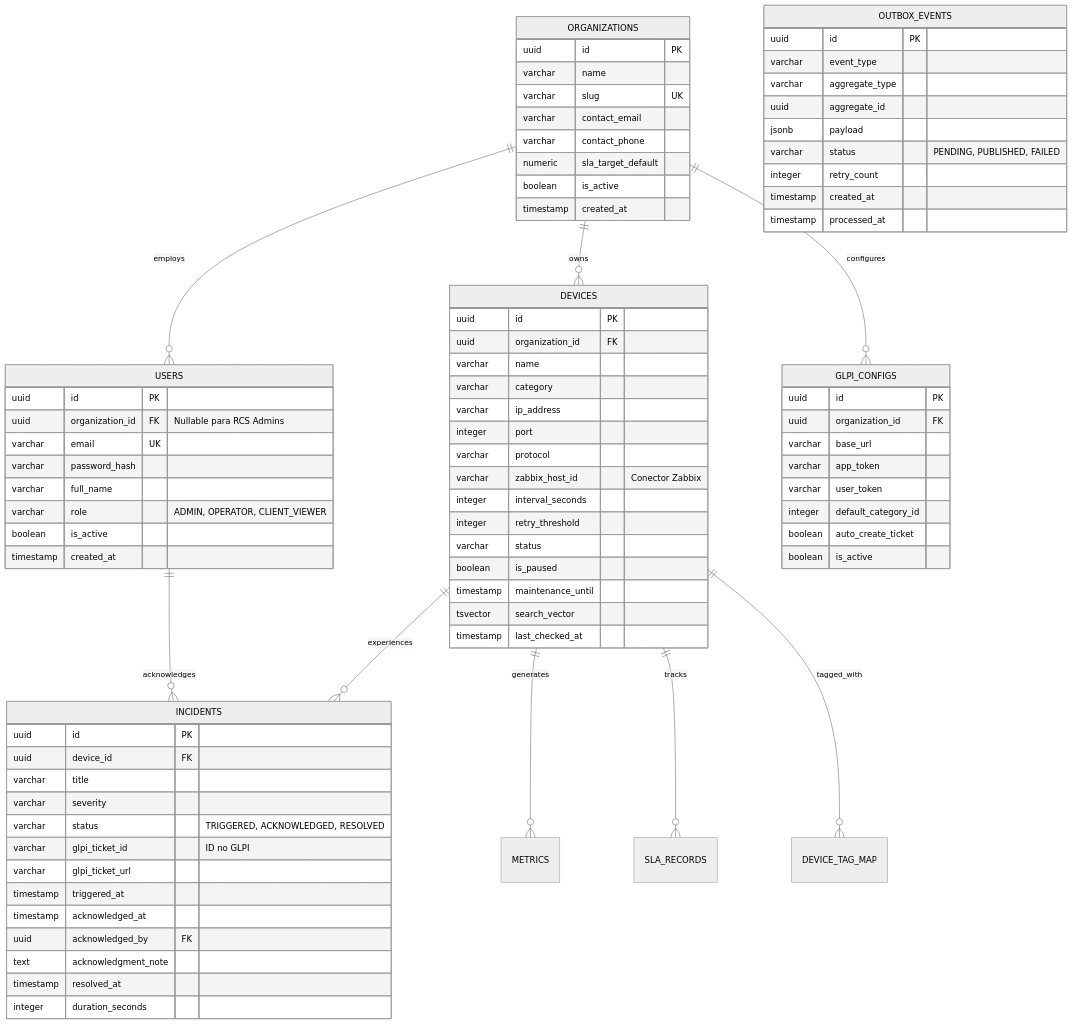
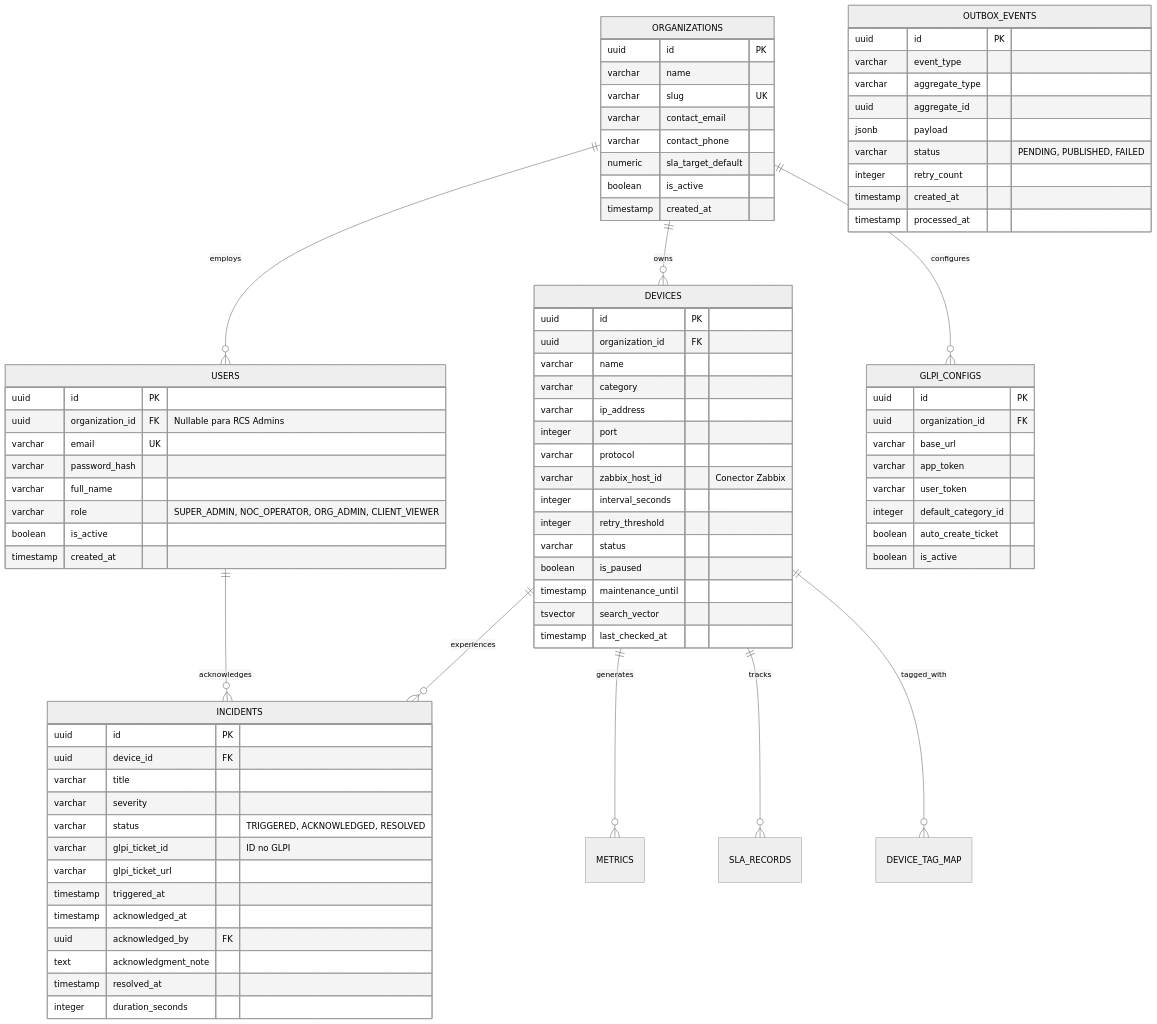
The diagram in docs/05-BACKEND_SCHEMA.md (NdondaDaniel2020/InfraWatch), drawn with Mermaid (neutral theme) before and after one commit. The commit also changed other lines of this file and 2 other files, not shown here.

```diff
--- a/docs/05-BACKEND_SCHEMA.md
+++ b/docs/05-BACKEND_SCHEMA.md
@@ -33,7 +33,7 @@
         varchar email UK
         varchar password_hash
         varchar full_name
-        varchar role "ADMIN, OPERATOR, CLIENT_VIEWER"
+        varchar role "SUPER_ADMIN, NOC_OPERATOR, ORG_ADMIN, CLIENT_VIEWER"
         boolean is_active
         timestamp created_at
     }
```
